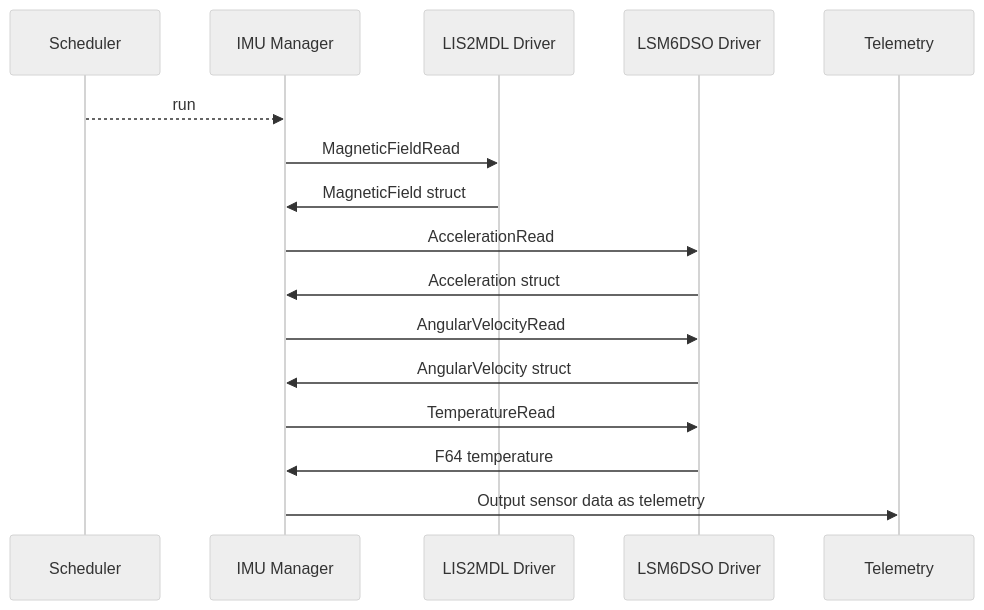
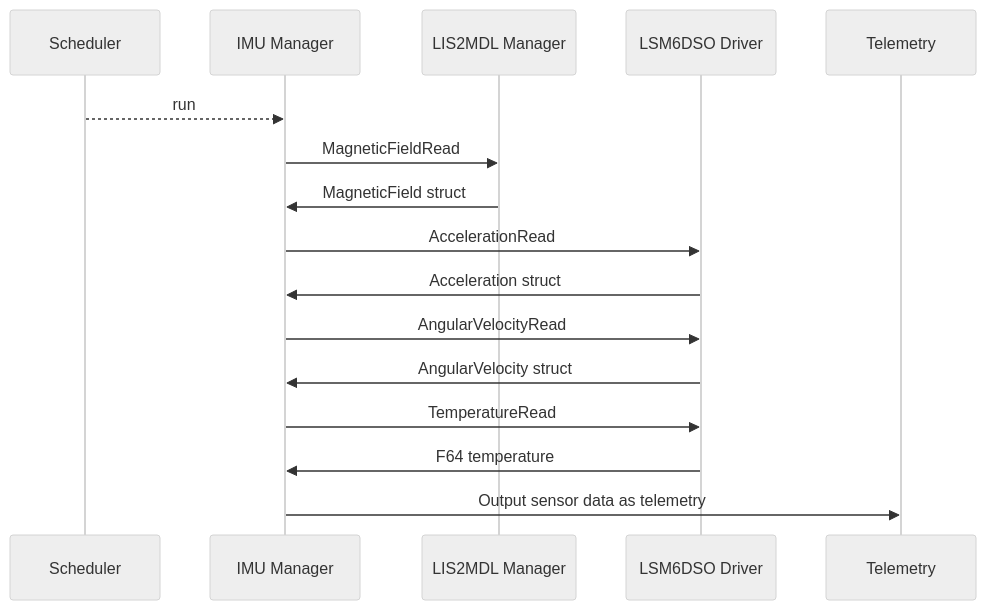
One commit to Open-Source-Space-Foundation/proves-core-reference changed the second of 2 diagrams in FprimeZephyrReference/Components/ImuManager/docs/sdd.md. Above: the diagram before and after it, drawn with Mermaid (neutral theme). The commit also changed other lines of this file and 15 other files, not shown here.

````diff
--- a/FprimeZephyrReference/Components/ImuManager/docs/sdd.md
+++ b/FprimeZephyrReference/Components/ImuManager/docs/sdd.md
@@ -42,19 +42,19 @@
 ```mermaid
 sequenceDiagram
     participant Scheduler
     participant IMU Manager
-    participant LIS2MDL Driver
+    participant LIS2MDL Manager
     participant LSM6DSO Driver
     participant Telemetry
 
     Scheduler-->>IMU Manager: run
-    IMU Manager->>LIS2MDL Driver: MagneticFieldRead
-    LIS2MDL Driver->>IMU Manager: MagneticField struct
+    IMU Manager->>LIS2MDL Manager: MagneticFieldRead
+    LIS2MDL Manager->>IMU Manager: MagneticField struct
     IMU Manager->>LSM6DSO Driver: AccelerationRead
     LSM6DSO Driver->>IMU Manager: Acceleration struct
     IMU Manager->>LSM6DSO Driver: AngularVelocityRead
     LSM6DSO Driver->>IMU Manager: AngularVelocity struct
     IMU Manager->>LSM6DSO Driver: TemperatureRead
     LSM6DSO Driver->>IMU Manager: F64 temperature
     IMU Manager->>Telemetry: Output sensor data as telemetry
 ```
````
